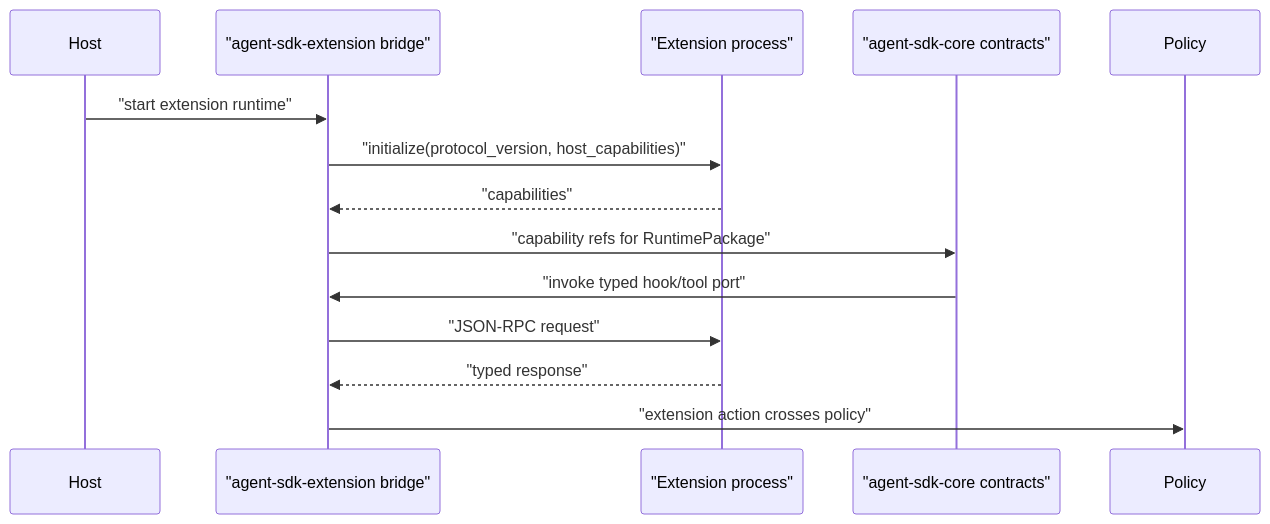
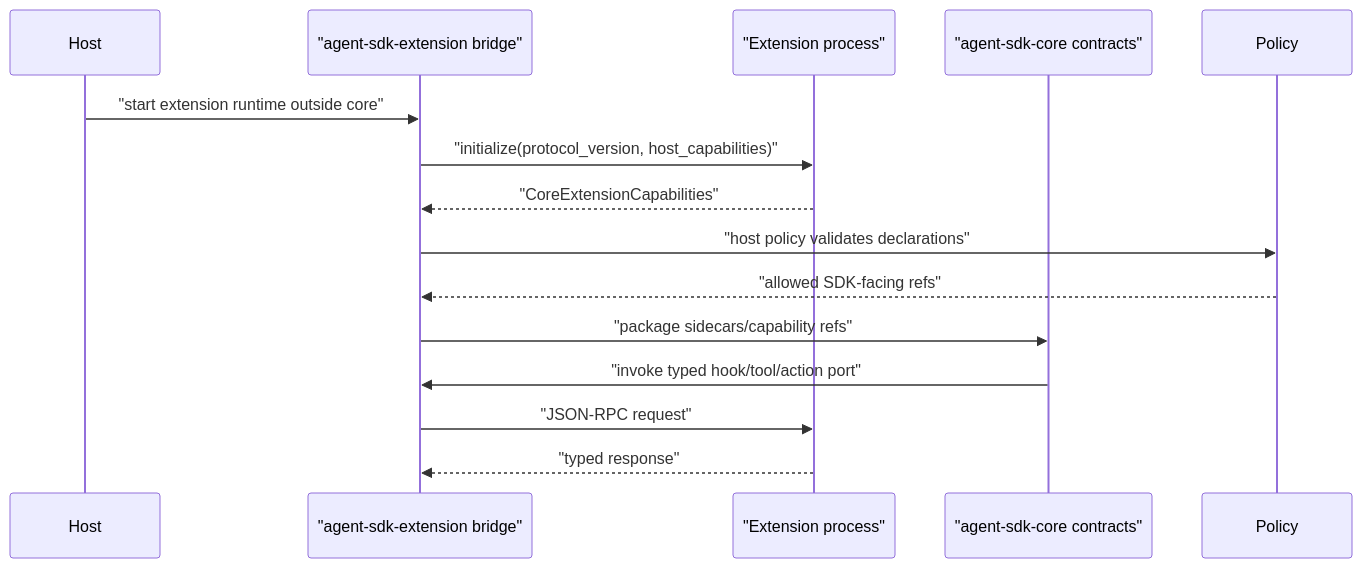
The diagram in docs/contracts/extension-sdk-contract.md (heyclawdia/clawdia_sdk), drawn with Mermaid before and after one commit. The commit also changed other lines of this file and 19 other files, not shown here.

````diff
--- a/docs/contracts/extension-sdk-contract.md
+++ b/docs/contracts/extension-sdk-contract.md
@@ -73,17 +133,18 @@
 ```mermaid
 sequenceDiagram
   participant Host
   participant Bridge as "agent-sdk-extension bridge"
   participant Ext as "Extension process"
   participant Core as "agent-sdk-core contracts"
   participant Policy
 
-  Host->>Bridge: "start extension runtime"
+  Host->>Bridge: "start extension runtime outside core"
   Bridge->>Ext: "initialize(protocol_version, host_capabilities)"
-  Ext-->>Bridge: "capabilities"
-  Bridge->>Core: "capability refs for RuntimePackage"
-  Core->>Bridge: "invoke typed hook/tool port"
+  Ext-->>Bridge: "CoreExtensionCapabilities"
+  Bridge->>Policy: "host policy validates declarations"
+  Policy-->>Bridge: "allowed SDK-facing refs"
+  Bridge->>Core: "package sidecars/capability refs"
+  Core->>Bridge: "invoke typed hook/tool/action port"
   Bridge->>Ext: "JSON-RPC request"
   Ext-->>Bridge: "typed response"
-  Bridge->>Policy: "extension action crosses policy"
 ```
````
